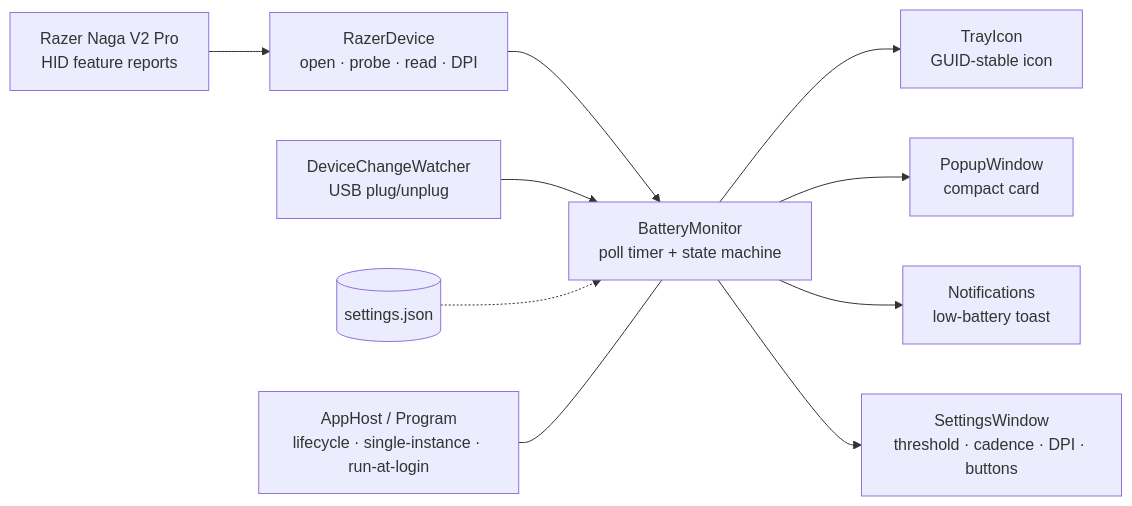
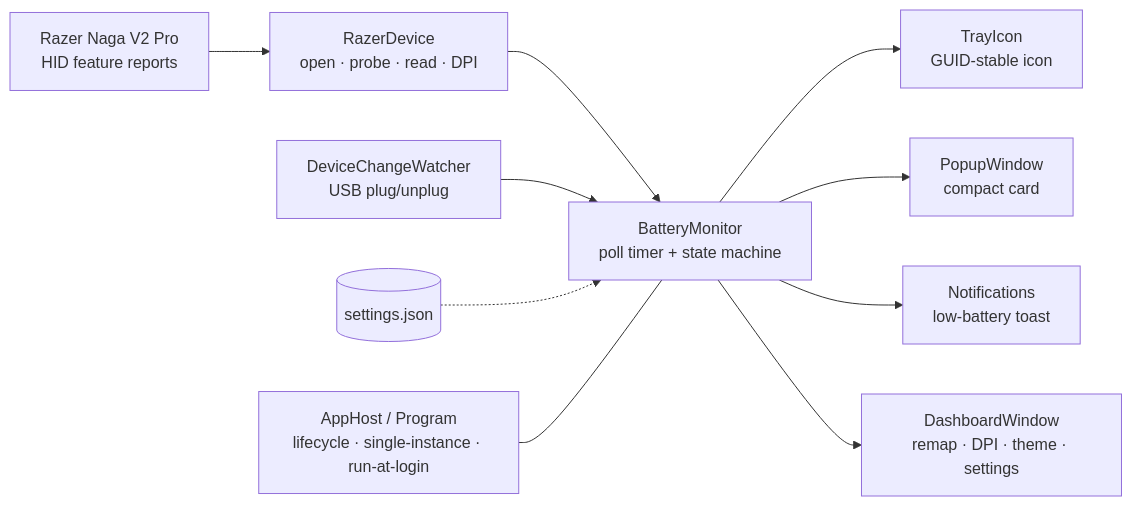
The diagram in README.md (Bmwascher/razer-naga-companion), drawn with Mermaid before and after one commit. The commit also changed other lines of this file and 1 other file, not shown here.

First line of the commit message:
docs: GUI redesign shipped (dashboard, themes, tray ring)

````diff
--- a/README.md
+++ b/README.md
@@ -145,12 +150,12 @@
 ```mermaid
 flowchart LR
     HID["Razer Naga V2 Pro<br/>HID feature reports"] --> Dev["RazerDevice<br/>open · probe · read · DPI"]
     Dev --> Mon["BatteryMonitor<br/>poll timer + state machine"]
     Mon --> Tray["TrayIcon<br/>GUID-stable icon"]
     Mon --> Popup["PopupWindow<br/>compact card"]
     Mon --> Toast["Notifications<br/>low-battery toast"]
-    Mon --> Set["SettingsWindow<br/>threshold · cadence · DPI · buttons"]
+    Mon --> Dash["DashboardWindow<br/>remap · DPI · theme · settings"]
     DevChg["DeviceChangeWatcher<br/>USB plug/unplug"] --> Mon
     Cfg[("settings.json")] -.-> Mon
     Host["AppHost / Program<br/>lifecycle · single-instance · run-at-login"] --- Mon
 ```
````
